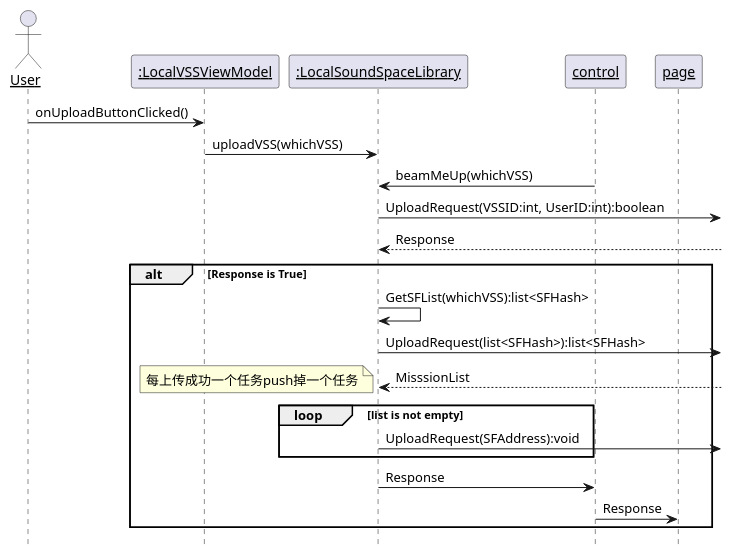
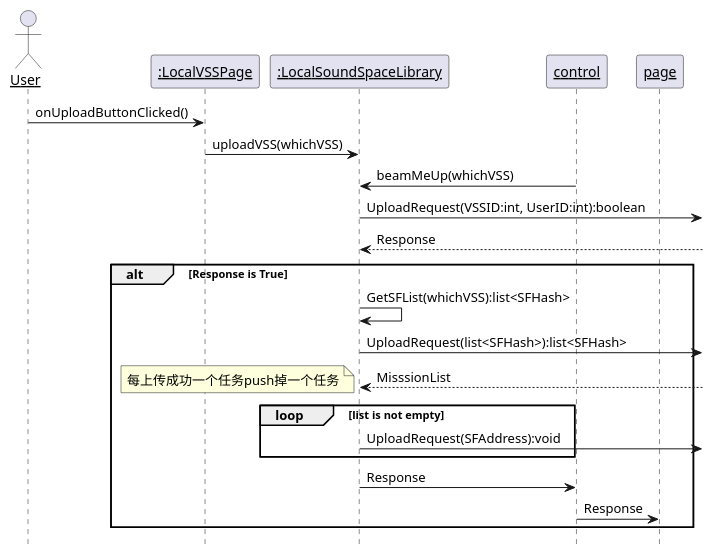
One commit to kpp19920121/doc changed diagram 16 of 39 in 设计/顺序图.md. Above: the diagram before and after it, drawn with PlantUML. The commit also changed other lines of this file and 1 other file, not shown here.

Commit message:
改进顺序图与类图一致

````diff
--- a/设计/顺序图.md
+++ b/设计/顺序图.md
@@ -583,27 +578,27 @@
 ```PlantUML
 @startuml Diagrams/UploadVSS
 hide footbox
 skinparam sequenceParticipant underline
 
 actor User as user
-participant ":LocalVSSViewModel" as viewModel
+participant ":LocalVSSPage" as viewModel
 participant ":LocalSoundSpaceLibrary" as library
 
 user -> viewModel: onUploadButtonClicked()
 viewModel -> library: uploadVSS(whichVSS)
 control -> library: beamMeUp(whichVSS)
 library->:UploadRequest(VSSID:int, UserID:int):boolean
 library<--:Response
 alt Response is True
   library -> library: GetSFList(whichVSS):list<SFHash>
   library->:UploadRequest(list<SFHash>):list<SFHash>
   library<--:MisssionList
   loop list is not empty
   note left:每上传成功一个任务push掉一个任务
     library->:UploadRequest(SFAddress):void
   end
   library->control:Response
   control->page:Response
 end
 @enduml
 ```
````
